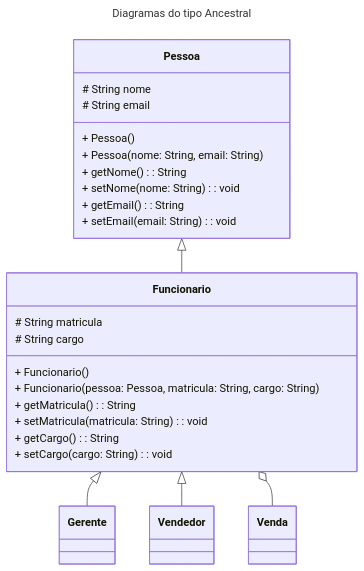
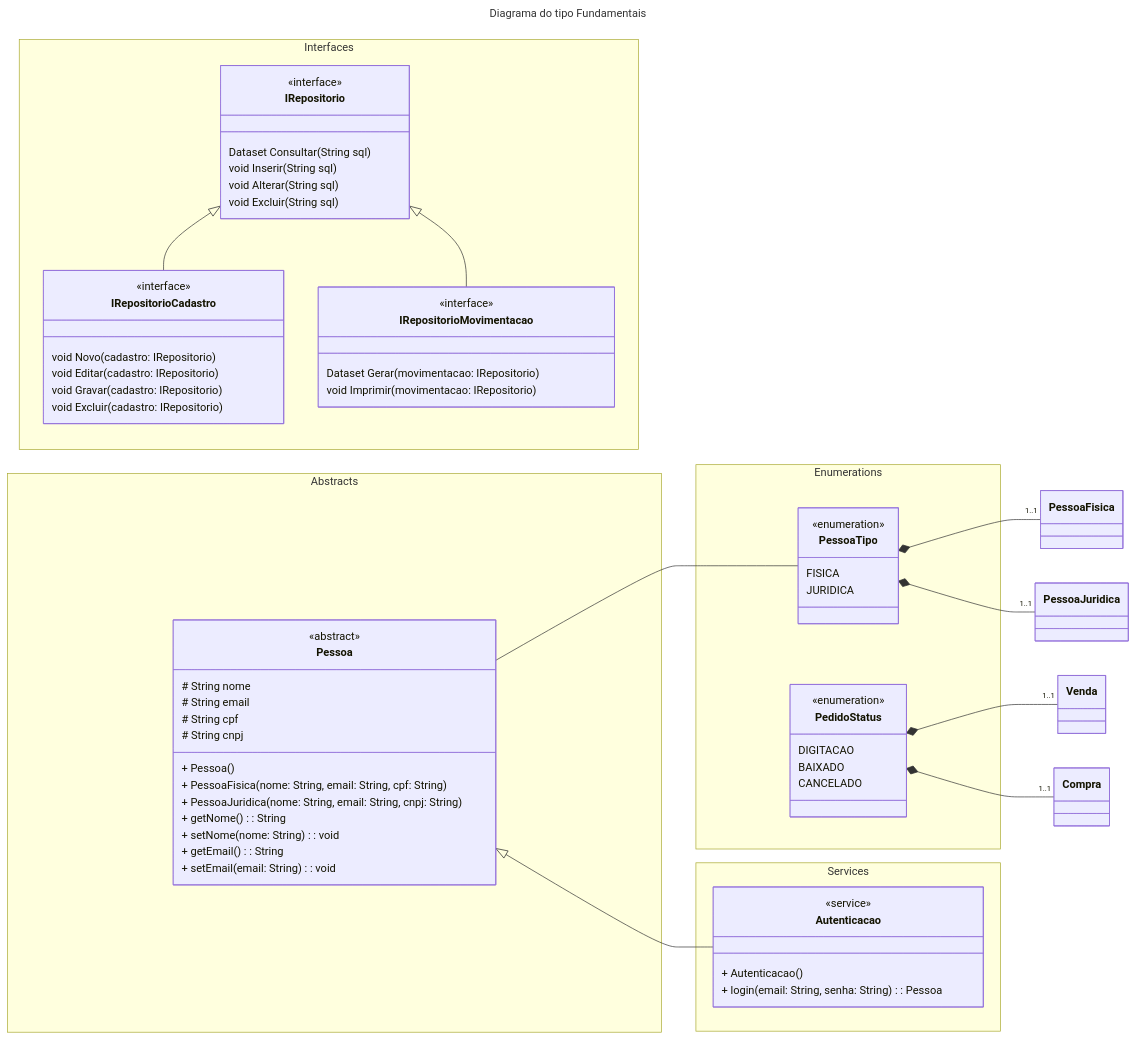
The second of 5 diagrams in aulas/ES3m230818_01_00404822222015.md (h4mn/fatec_engenharia), drawn with Mermaid before and after one commit. The commit also changed other lines of this file, not shown here.

Commit message:
atualiza diagramas

````diff
--- a/aulas/ES3m230818_01_00404822222015.md
+++ b/aulas/ES3m230818_01_00404822222015.md
@@ -19,33 +98,80 @@
 ```mermaid
 ---
-title: Diagramas do tipo Ancestral
+title: Diagrama do tipo Fundamentais
 ---
 classDiagram
-    class Pessoa {
-        # String nome
-        # String email
-        + Pessoa()
-        + Pessoa(nome: String, email: String)
-        + getNome(): String
-        + setNome(nome: String): void
-        + getEmail(): String
-        + setEmail(email: String): void
+    direction LR
+    namespace Interfaces {
+        class IRepositorio {
+            <<interface>>
+            Dataset Consultar(String sql)
+            void Inserir(String sql)
+            void Alterar(String sql)
+            void Excluir(String sql)
+        }
+
+        class IRepositorioCadastro {
+            <<interface>>
+            void Novo(cadastro: IRepositorio)
+            void Editar(cadastro: IRepositorio)
+            void Gravar(cadastro: IRepositorio)
+            void Excluir(cadastro: IRepositorio)
+        }
+
+        class IRepositorioMovimentacao {
+            <<interface>>
+            Dataset Gerar(movimentacao: IRepositorio)
+            void Imprimir(movimentacao: IRepositorio)
+        }
     }
 
-    class Funcionario {
-        # String matricula
-        # String cargo
-        + Funcionario()
-        + Funcionario(pessoa: Pessoa, matricula: String, cargo: String)
-        + getMatricula(): String
-        + setMatricula(matricula: String): void
-        + getCargo(): String
-        + setCargo(cargo: String): void
+    namespace Abstracts {
+        class Pessoa {
+            <<abstract>>
+            # String nome
+            # String email
+            # String cpf
+            # String cnpj
+            + Pessoa()
+            + PessoaFisica(nome: String, email: String, cpf: String)
+            + PessoaJuridica(nome: String, email: String, cnpj: String)
+            + getNome(): String
+            + setNome(nome: String): void
+            + getEmail(): String
+            + setEmail(email: String): void
+        }
     }
 
-    Pessoa <|-- Funcionario
-    Funcionario <|-- Gerente
-    Funcionario <|-- Vendedor
-    Funcionario o-- Venda
+    namespace Enumerations {
+        class PessoaTipo {
+            <<enumeration>>
+            FISICA
+            JURIDICA
+        }
+
+        class PedidoStatus {
+            <<enumeration>>
+            DIGITACAO
+            BAIXADO
+            CANCELADO
+        }
+    }
+
+    namespace Services {
+        class Autenticacao {
+            <<service>>
+            + Autenticacao()
+            + login(email: String, senha: String): Pessoa
+        }
+    }
+
+    IRepositorio <|-- IRepositorioCadastro
+    IRepositorio <|-- IRepositorioMovimentacao
+    Pessoa -- PessoaTipo
+    PessoaTipo *-- "1..1" PessoaFisica
+    PessoaTipo *-- "1..1" PessoaJuridica
+    PedidoStatus *-- "1..1" Venda
+    PedidoStatus *-- "1..1" Compra
+    Pessoa <|-- Autenticacao
 
 ```
````
